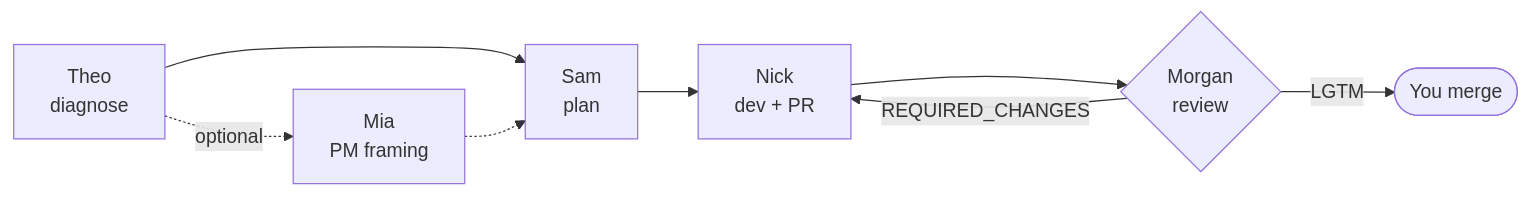
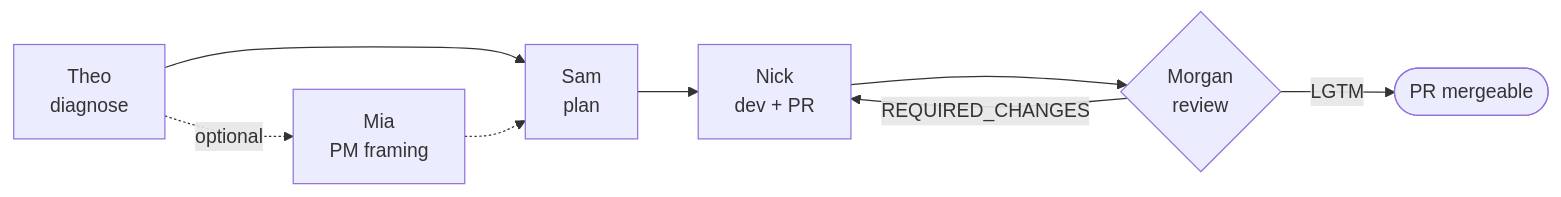
The diagram in README.md (Zigzag968/claude-code-lgtmgate), drawn with Mermaid before and after one commit. The commit also changed other lines of this file and 1 other file, not shown here.

````diff
--- a/README.md
+++ b/README.md
@@ -10,9 +10,9 @@
 ```mermaid
 flowchart LR
     Theo["Theo<br/>diagnose"] --> Sam["Sam<br/>plan"]
     Theo -. optional .-> Mia["Mia<br/>PM framing"] -.-> Sam
     Sam --> Nick["Nick<br/>dev + PR"]
     Nick --> Morgan{"Morgan<br/>review"}
     Morgan -- REQUIRED_CHANGES --> Nick
-    Morgan -- LGTM --> Merge(["You merge"])
+    Morgan -- LGTM --> Merge(["PR mergeable"])
 ```
````
